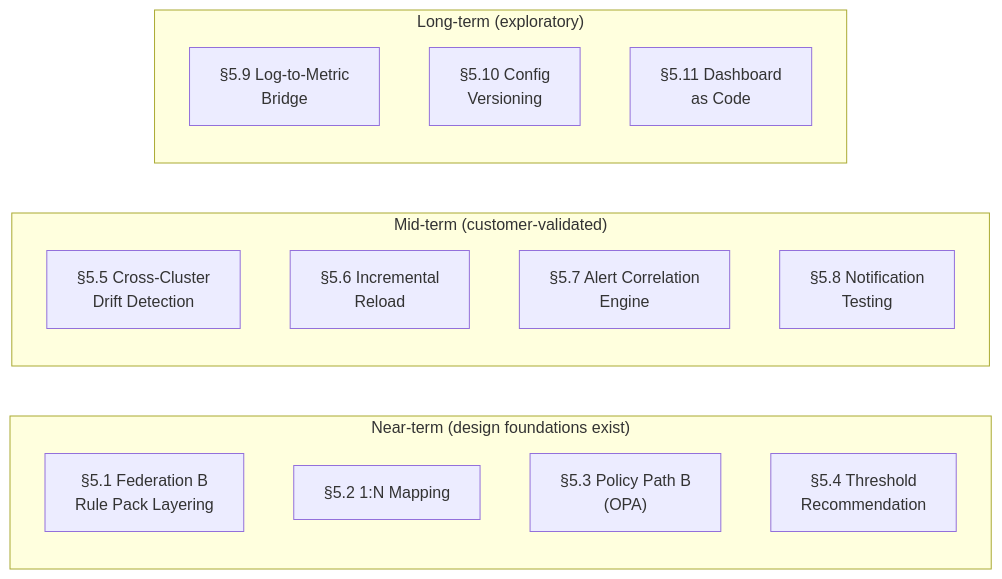
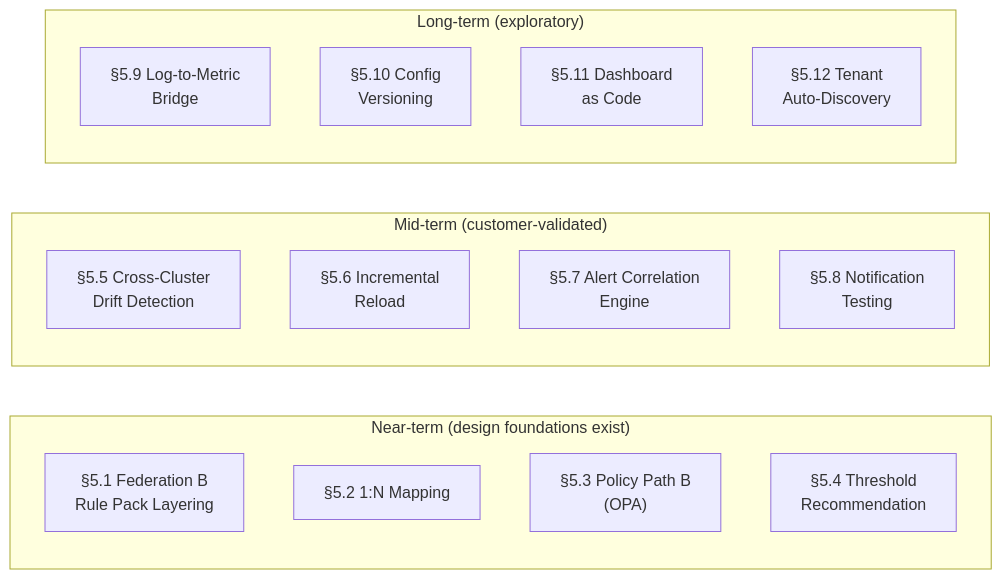
The third of 3 diagrams in docs/architecture-and-design.en.md (vencil/Dynamic-Alerting-Integrations), drawn with Mermaid before and after one commit. The commit also changed other lines of this file and 1 other file, not shown here.

First line of the commit message:
docs: add Tenant Auto-Discovery as §5.12 roadmap item

````diff
--- a/docs/architecture-and-design.en.md
+++ b/docs/architecture-and-design.en.md
@@ -879,20 +879,21 @@
 ```mermaid
 graph LR
     subgraph Near["Near-term (design foundations exist)"]
         FB["§5.1 Federation B<br/>Rule Pack Layering"]
         NM["§5.2 1:N Mapping"]
         PB["§5.3 Policy Path B<br/>(OPA)"]
         TR["§5.4 Threshold<br/>Recommendation"]
     end
     subgraph Mid["Mid-term (customer-validated)"]
         CD["§5.5 Cross-Cluster<br/>Drift Detection"]
         IR["§5.6 Incremental<br/>Reload"]
         AC["§5.7 Alert Correlation<br/>Engine"]
         NT["§5.8 Notification<br/>Testing"]
     end
     subgraph Far["Long-term (exploratory)"]
         LM["§5.9 Log-to-Metric<br/>Bridge"]
         CV["§5.10 Config<br/>Versioning"]
         GD["§5.11 Dashboard<br/>as Code"]
+        AD["§5.12 Tenant<br/>Auto-Discovery"]
     end
 ```
````
